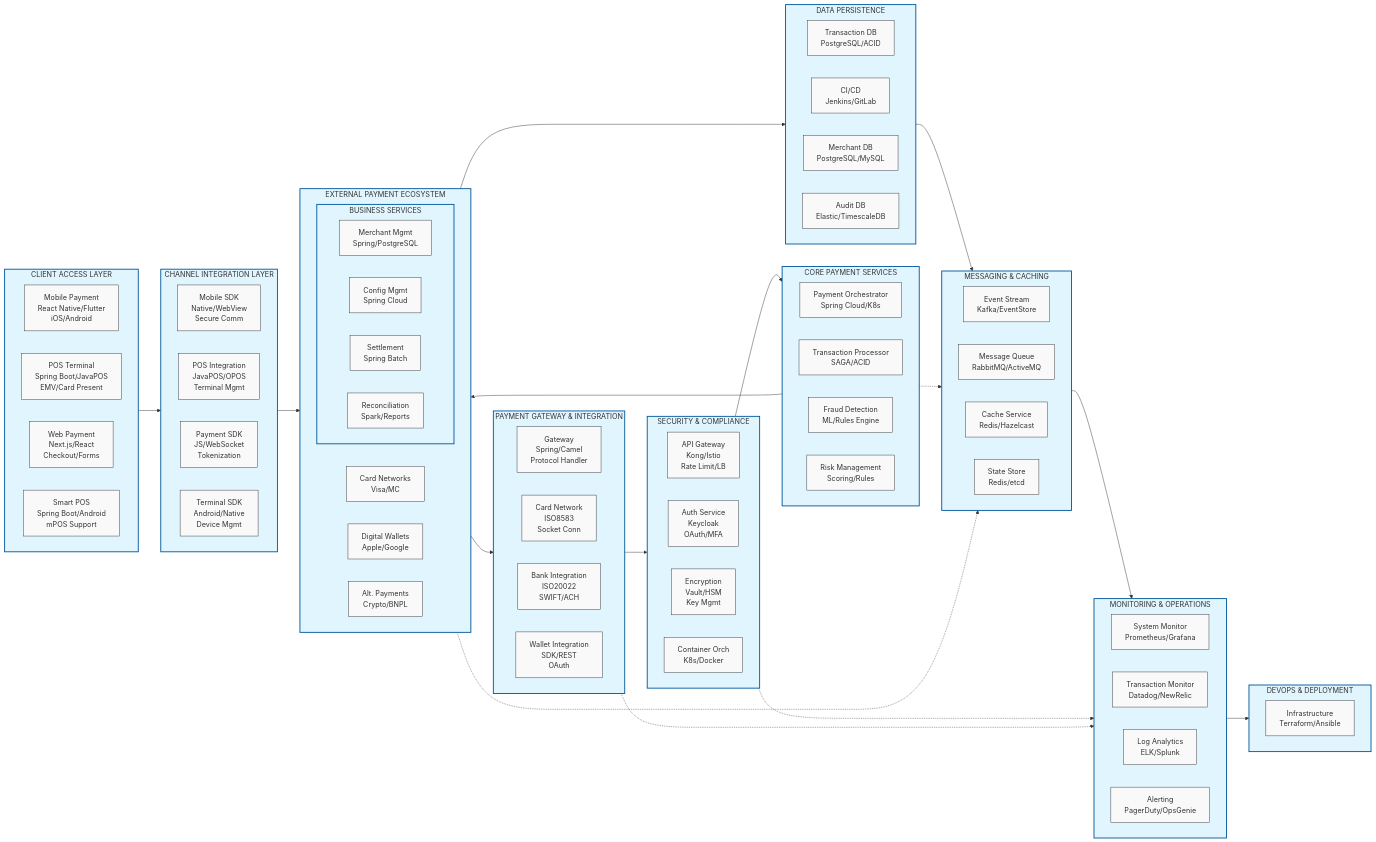
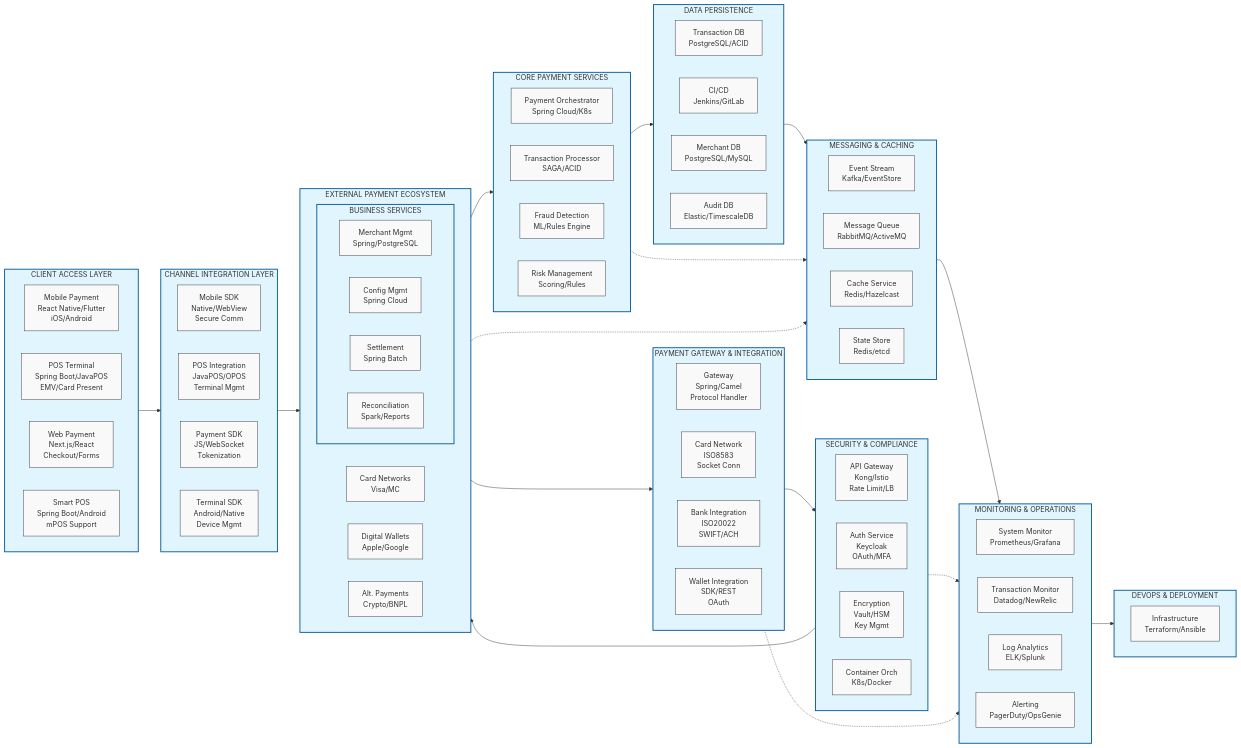
Before and after one commit to sankarpadhy/payment-system: the diagram in payment-system-architecture.md, drawn with Mermaid.

Commit message:
Corrected layer flow: Business Services positioned between Security & Compliance and Core Payment Services

```diff
--- a/payment-system-architecture.md
+++ b/payment-system-architecture.md
@@ -49,6 +49,15 @@
         CO[Compliance<br/>PCI/KYC/GDPR]
     end
 
+    %% BUSINESS SERVICES LAYER
+    subgraph BS[BUSINESS SERVICES]
+        direction LR
+        MM[Merchant Mgmt<br/>Spring/PostgreSQL]
+        CM[Customer Mgmt<br/>Spring/MongoDB]
+        SS[Settlement<br/>Spring Batch]
+        RS[Reconciliation<br/>Spark/Reports]
+    end
+
     %% CORE PAYMENT SERVICES LAYER
     subgraph CP[CORE PAYMENT SERVICES]
         direction LR
@@ -56,15 +65,6 @@
         TP[Transaction Processor<br/>SAGA/ACID]
         FD[Fraud Detection<br/>ML/Rules Engine]
         RM[Risk Management<br/>Scoring/Rules]
-    end
-
-    %% BUSINESS SERVICES LAYER
-    subgraph BS[BUSINESS SERVICES]
-        direction LR
-        MM[Merchant Mgmt<br/>Spring/PostgreSQL]
-        CM[Customer Mgmt<br/>Spring/MongoDB]
-        SS[Settlement<br/>Spring Batch]
-        RS[Reconciliation<br/>Spark/Reports]
     end
 
     %% DATA PERSISTENCE LAYER
@@ -108,9 +108,9 @@
     CI --> EP
     EP --> PG
     PG --> SC
-    SC --> CP
-    CP --> BS
-    BS --> DP
+    SC --> BS
+    BS --> CP
+    CP --> DP
     DP --> MC
     MC --> MO
     MO --> DD
```
